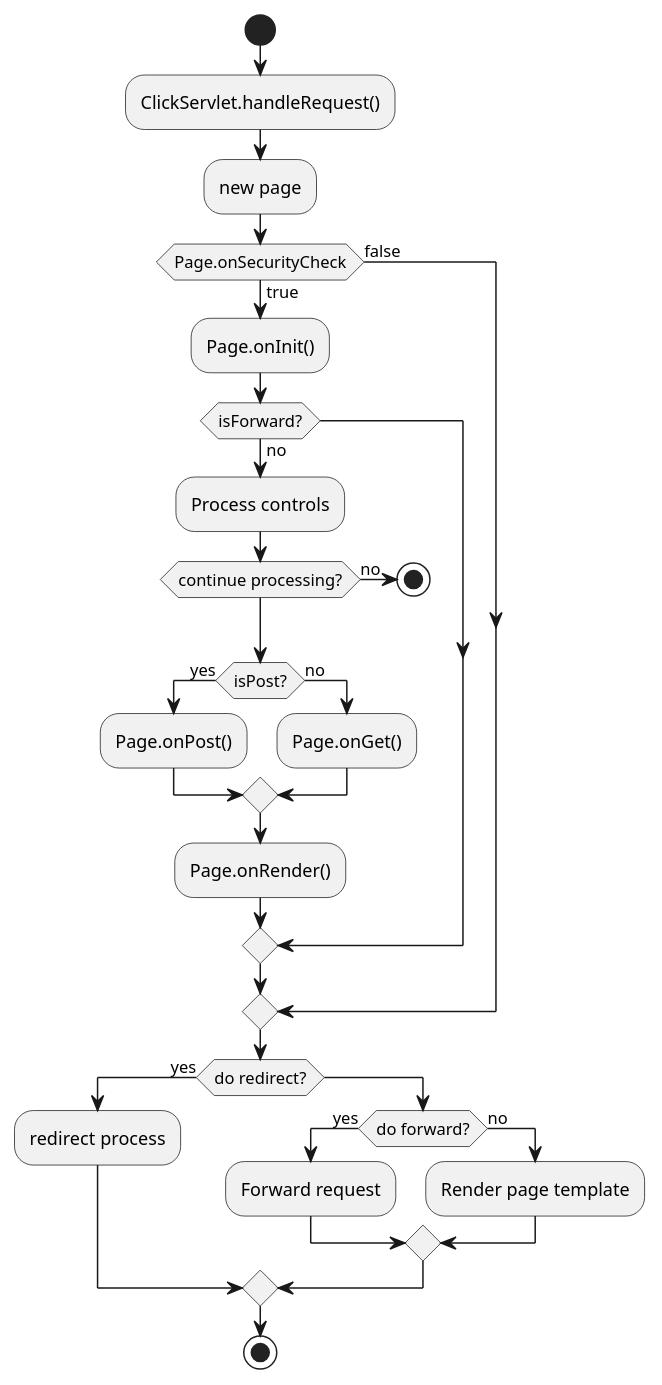
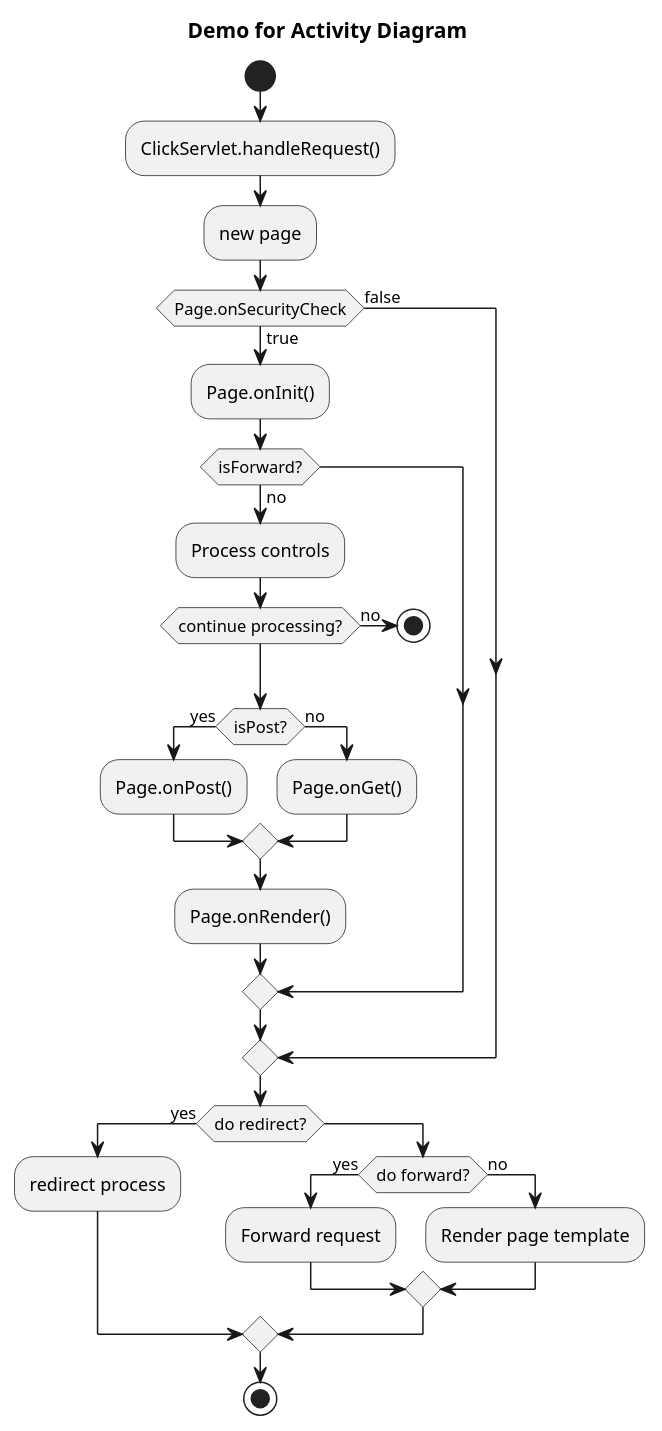
Before and after one commit to mindolph/Mindolph: the first of 2 diagrams in DemoWorkspace/PlantUML/ActivityDiagram.puml, drawn with PlantUML. The commit also changed other lines of this file and 9 other files, not shown here.

```diff
--- a/DemoWorkspace/PlantUML/ActivityDiagram.puml
+++ b/DemoWorkspace/PlantUML/ActivityDiagram.puml
@@ -1,36 +1,38 @@
 @startuml
+
+title Demo for Activity Diagram
 
 start
 :ClickServlet.handleRequest();
 :new page;
 if (Page.onSecurityCheck) then (true)
   :Page.onInit();
   if (isForward?) then (no)
     :Process controls;
     if (continue processing?) then (no)
       stop
     endif
 
     if (isPost?) then (yes)
       :Page.onPost();
     else (no)
       :Page.onGet();
     endif
     :Page.onRender();
   endif
 else (false)
 endif
 
 if (do redirect?) then (yes)
   :redirect process;
 else
   if (do forward?) then (yes)
     :Forward request;
   else (no)
     :Render page template;
   endif
 endif
 
 stop
 
 @enduml
```
